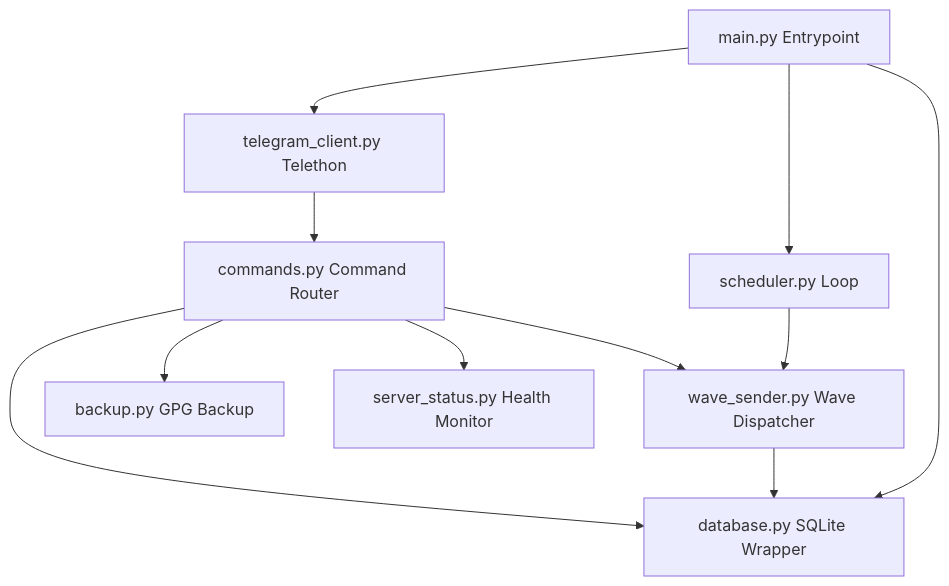
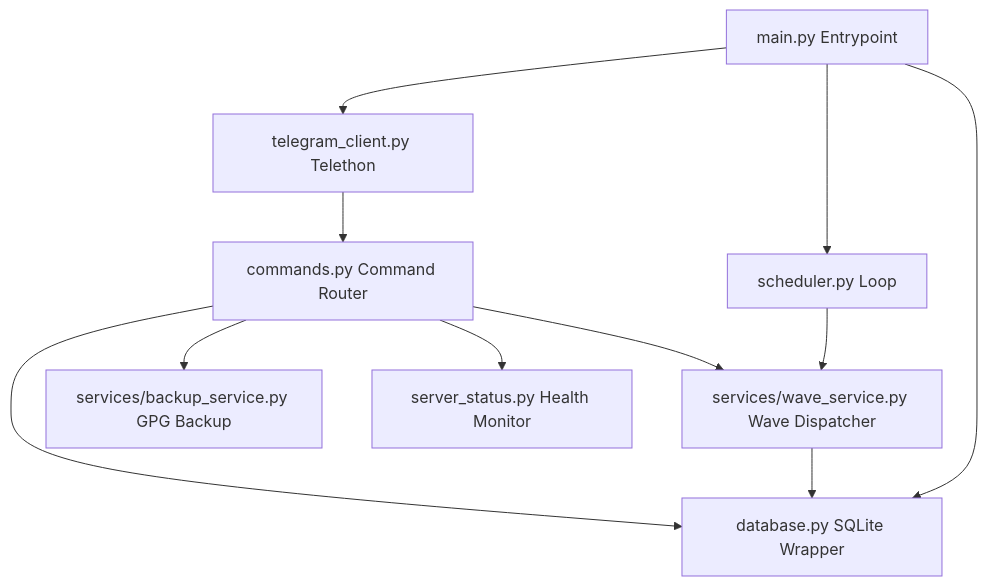
The diagram in docs/architecture.md (andhikkadd/telethon), drawn with Mermaid before and after one commit. The commit also changed other lines of this file and 6 other files, not shown here.

````diff
--- a/docs/architecture.md
+++ b/docs/architecture.md
@@ -13,13 +13,13 @@
 ```mermaid
 graph TD
     Entry[main.py Entrypoint] --> DB[database.py SQLite Wrapper]
     Entry --> Client[telegram_client.py Telethon]
     Entry --> Sch[scheduler.py Loop]
     Client --> Cmd[commands.py Command Router]
-    Sch --> Sender[wave_sender.py Wave Dispatcher]
+    Sch --> Sender[services/wave_service.py Wave Dispatcher]
     Cmd --> Sender
-    Cmd --> Backup[backup.py GPG Backup]
+    Cmd --> Backup[services/backup_service.py GPG Backup]
     Cmd --> Server[server_status.py Health Monitor]
     Sender --> DB
     Cmd --> DB
 ```
````
